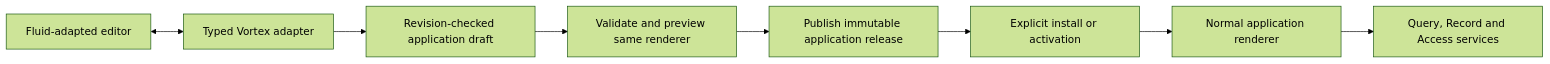
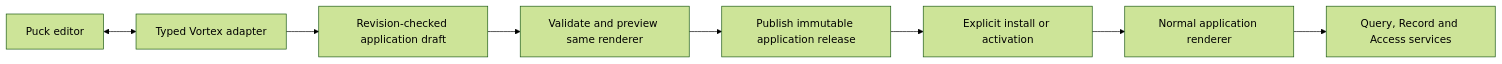
The third of 4 diagrams in docs/specification/appendices/page-builder-contracts.md (Abzum-NZ/Abzum-Vortex), drawn with Mermaid (forest theme) before and after one commit. The commit also changed other lines of this file and 9 other files, not shown here.

````diff
--- a/docs/specification/appendices/page-builder-contracts.md
+++ b/docs/specification/appendices/page-builder-contracts.md
@@ -168,10 +167,10 @@
 ```mermaid
 flowchart LR
-    E[Fluid-adapted editor] <--> A[Typed Vortex adapter]
+    E[Puck editor] <--> A[Typed Vortex adapter]
     A --> D[Revision-checked application draft]
     D --> V[Validate and preview same renderer]
     V --> P[Publish immutable application release]
     P --> I[Explicit install or activation]
     I --> R[Normal application renderer]
     R --> Q[Query, Record and Access services]
 ```
````
